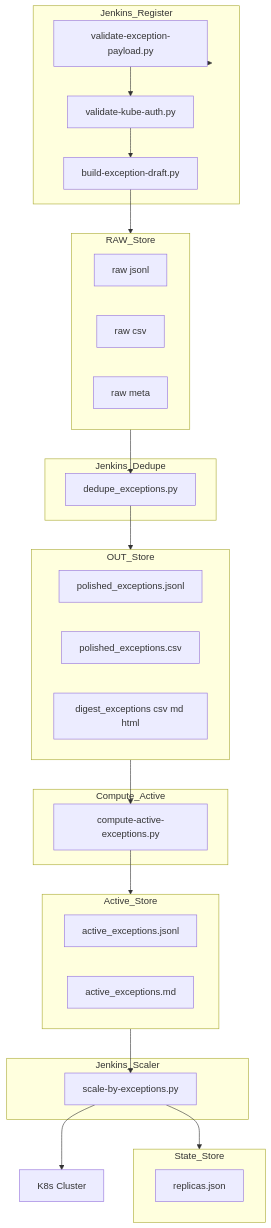
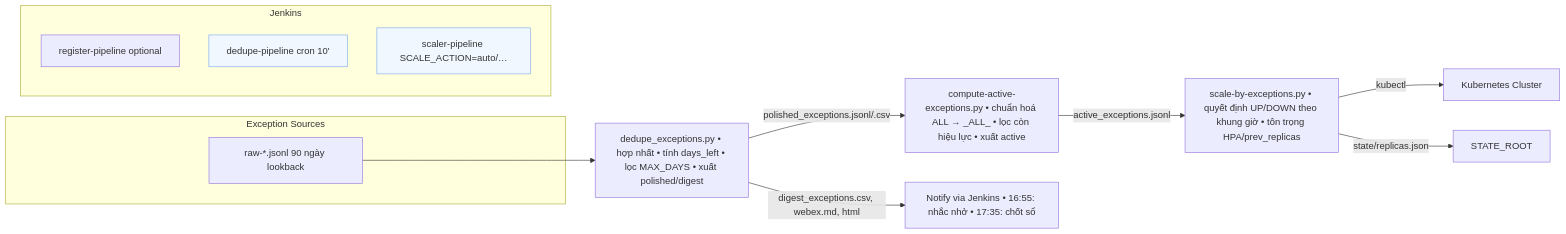
One commit to bachmt28/k8s-ops changed the first of 3 diagrams in exception-ontime/readme.md. Above: the diagram before and after it, drawn with Mermaid. The commit also changed other lines of this file and 38 other files, not shown here.

````diff
--- a/exception-ontime/readme.md
+++ b/exception-ontime/readme.md
@@ -327,48 +66,23 @@
 ```mermaid
-flowchart TD
-  subgraph Jenkins_Register
-    A1[validate-exception-payload.py]
-    A2[validate-kube-auth.py]
-    A3[build-exception-draft.py]
+flowchart LR
+  subgraph Sources[Exception Sources]
+    A[raw-*.jsonl 90 ngày lookback]
   end
 
-  subgraph RAW_Store
-    R1[raw jsonl]
-    R2[raw csv]
-    R3[raw meta]
+  A --> B[dedupe_exceptions.py • hợp nhất • tính days_left • lọc MAX_DAYS • xuất polished/digest]
+
+  B -->|polished_exceptions.jsonl/.csv| C[compute-active-exceptions.py • chuẩn hoá ALL → _ALL_ • lọc còn hiệu lực • xuất active]
+  B -->|digest_exceptions.csv, webex.md, html| N[Notify via Jenkins • 16:55: nhắc nhở • 17:35: chốt sổ]
+
+  C -->|active_exceptions.jsonl| D[scale-by-exceptions.py • quyết định UP/DOWN theo khung giờ • tôn trọng HPA/prev_replicas]
+  D -->|kubectl| E[Kubernetes Cluster]
+  D -->|state/replicas.json| S[STATE_ROOT]
+
+  subgraph Jenkins
+    J1[register-pipeline optional]
+    J2[dedupe-pipeline cron 10']:::cron
+    J3[scaler-pipeline SCALE_ACTION=auto/…]:::cron
   end
 
-  subgraph Jenkins_Dedupe
-    B1[dedupe_exceptions.py]
-  end
-
-  subgraph OUT_Store
-    O1[polished_exceptions.jsonl]
-    O2[polished_exceptions.csv]
-    O3[digest_exceptions csv md html]
-  end
-
-  subgraph Compute_Active
-    C1[compute-active-exceptions.py]
-  end
-
-  subgraph Active_Store
-    A4[active_exceptions.jsonl]
-    A5[active_exceptions.md]
-  end
-
-  subgraph Jenkins_Scaler
-    S1[scale-by-exceptions.py]
-  end
-
-  subgraph State_Store
-    ST1[replicas.json]
-  end
-
-  Jenkins_Register --> A1 --> A2 --> A3 --> RAW_Store
-  RAW_Store --> B1 --> OUT_Store
-  OUT_Store --> C1 --> Active_Store
-  Active_Store --> S1
-  S1 --> K8s[K8s Cluster]
-  S1 --> State_Store
+  classDef cron fill:#f0f7ff,stroke:#7aa7e9,stroke-width:1px;
 ```
````
